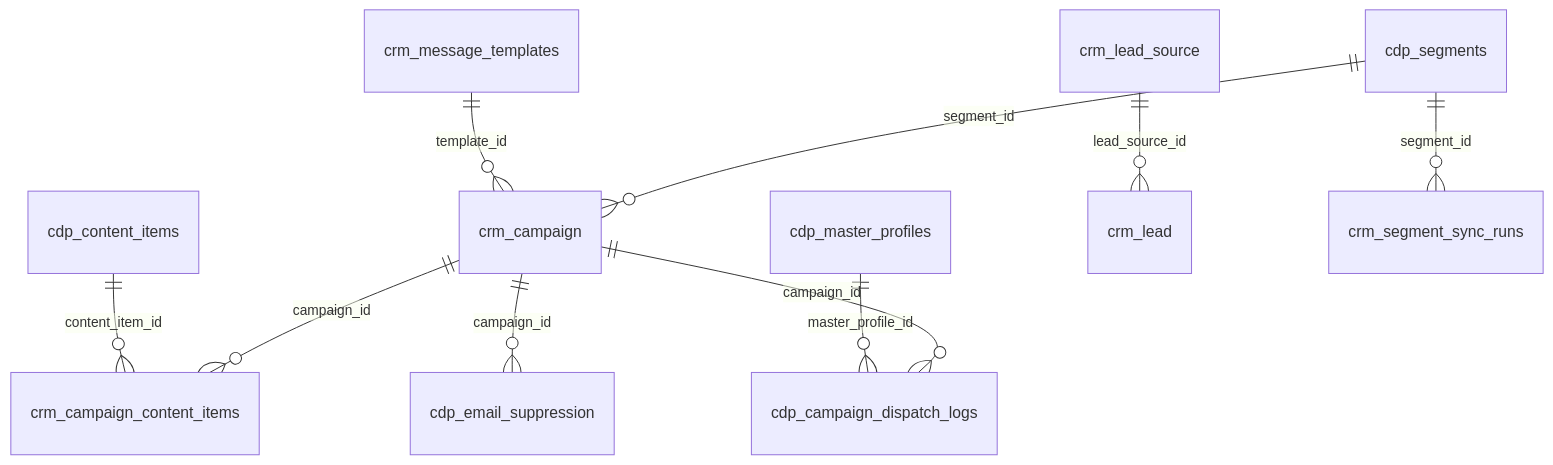
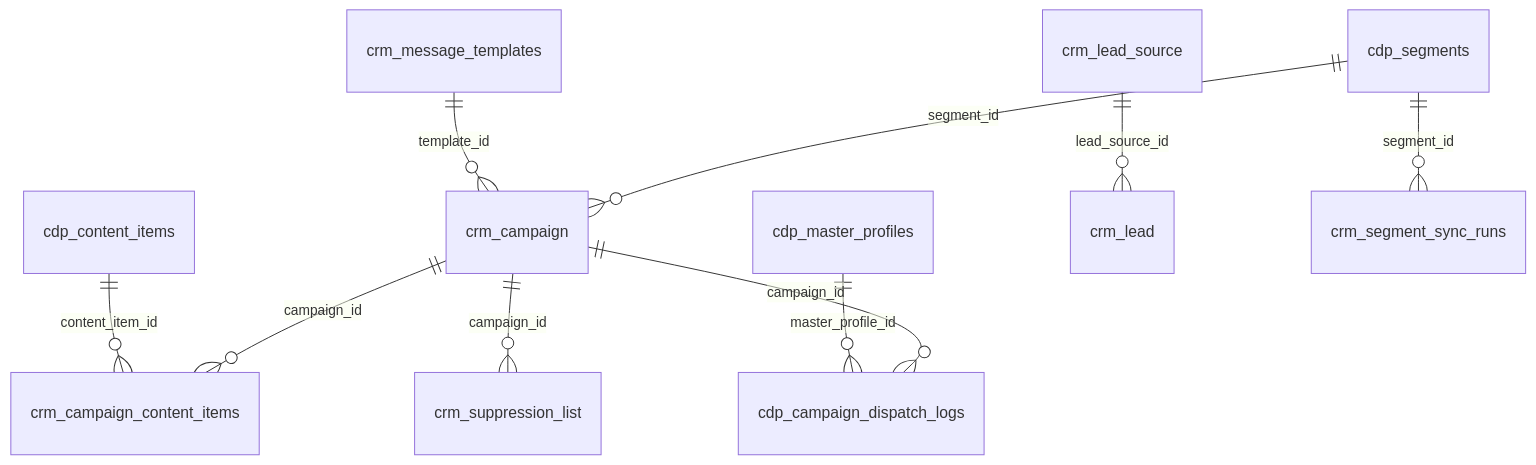
One commit to LEO-CDP/leo-customer360 changed the sixth of 6 diagrams in customer360-api/docs/SCRUM-92-agentic-email-marketing-code-flow.md. Above: the diagram before and after it, drawn with Mermaid. The commit also changed other lines of this file and 19 other files, not shown here.

````diff
--- a/customer360-api/docs/SCRUM-92-agentic-email-marketing-code-flow.md
+++ b/customer360-api/docs/SCRUM-92-agentic-email-marketing-code-flow.md
@@ -416,12 +414,12 @@
 ```mermaid
 erDiagram
   cdp_segments ||--o{ crm_campaign : "segment_id"
   crm_message_templates ||--o{ crm_campaign : "template_id"
   crm_campaign ||--o{ crm_campaign_content_items : "campaign_id"
   cdp_content_items ||--o{ crm_campaign_content_items : "content_item_id"
   crm_campaign ||--o{ cdp_campaign_dispatch_logs : "campaign_id"
   cdp_master_profiles ||--o{ cdp_campaign_dispatch_logs : "master_profile_id"
   crm_lead_source ||--o{ crm_lead : "lead_source_id"
   cdp_segments ||--o{ crm_segment_sync_runs : "segment_id"
-  crm_campaign ||--o{ cdp_email_suppression : "campaign_id"
+  crm_campaign ||--o{ crm_suppression_list : "campaign_id"
 ```
````
